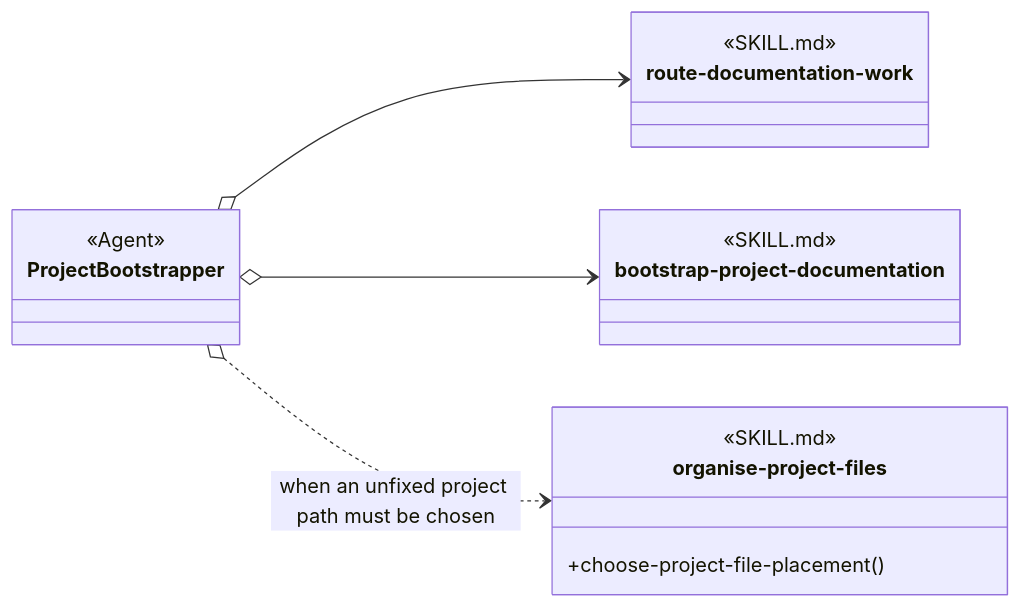
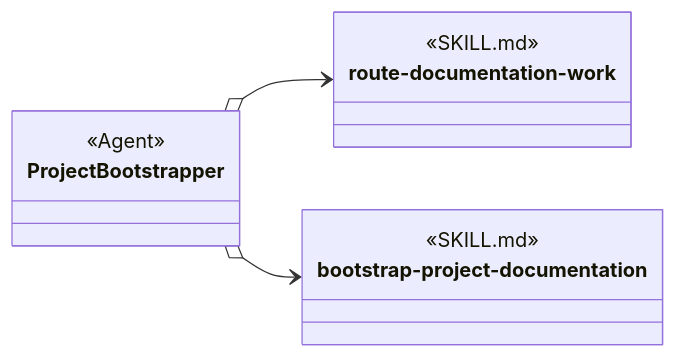
Before and after one commit to martinbechard/dev-methodology: the third of 3 diagrams in design/agents/project-setup.md, drawn with Mermaid. The commit also changed other lines of this file and 140 other files, not shown here.

````diff
--- a/design/agents/project-setup.md
+++ b/design/agents/project-setup.md
@@ -108,28 +102,21 @@
 ```mermaid
 classDiagram
     direction LR
 
     class ProjectBootstrapper {
         <<Agent>>
     }
 
     class route-documentation-work {
         <<SKILL.md>>
         <<Cross-group>>
     }
 
     class bootstrap-project-documentation {
         <<SKILL.md>>
         <<Cross-group>>
     }
 
-    class organise-project-files {
-        <<SKILL.md>>
-        <<Cross-group>>
-        +choose-project-file-placement()
-    }
-
     ProjectBootstrapper o--> route-documentation-work
     ProjectBootstrapper o--> bootstrap-project-documentation
-    ProjectBootstrapper o..> organise-project-files : when an unfixed project path must be chosen
 ```
````
